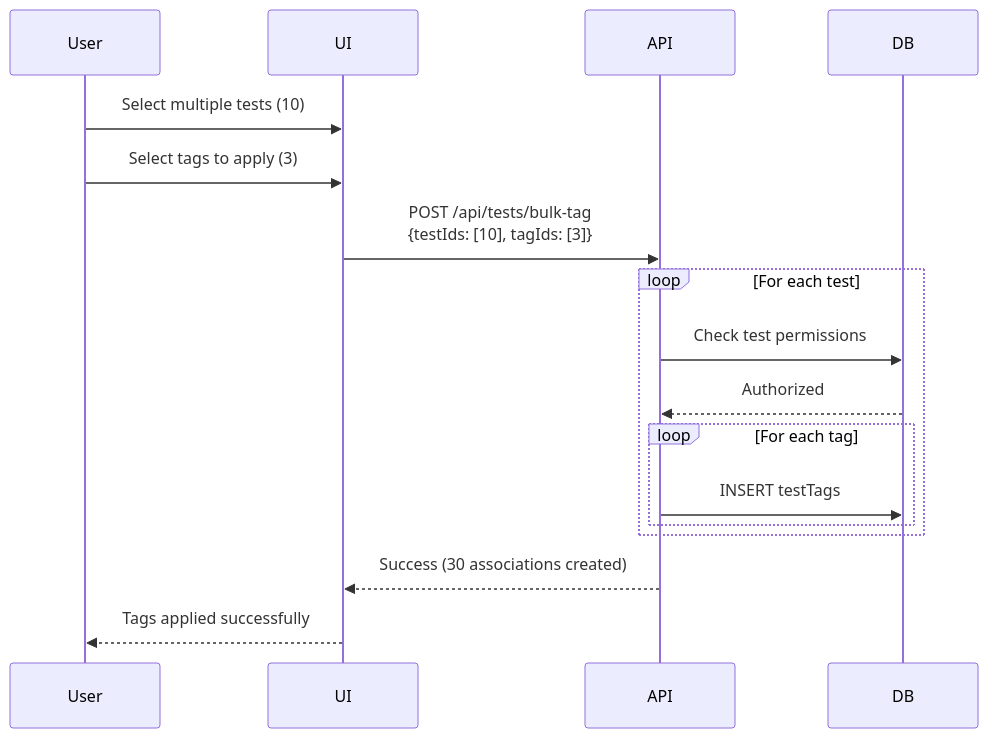
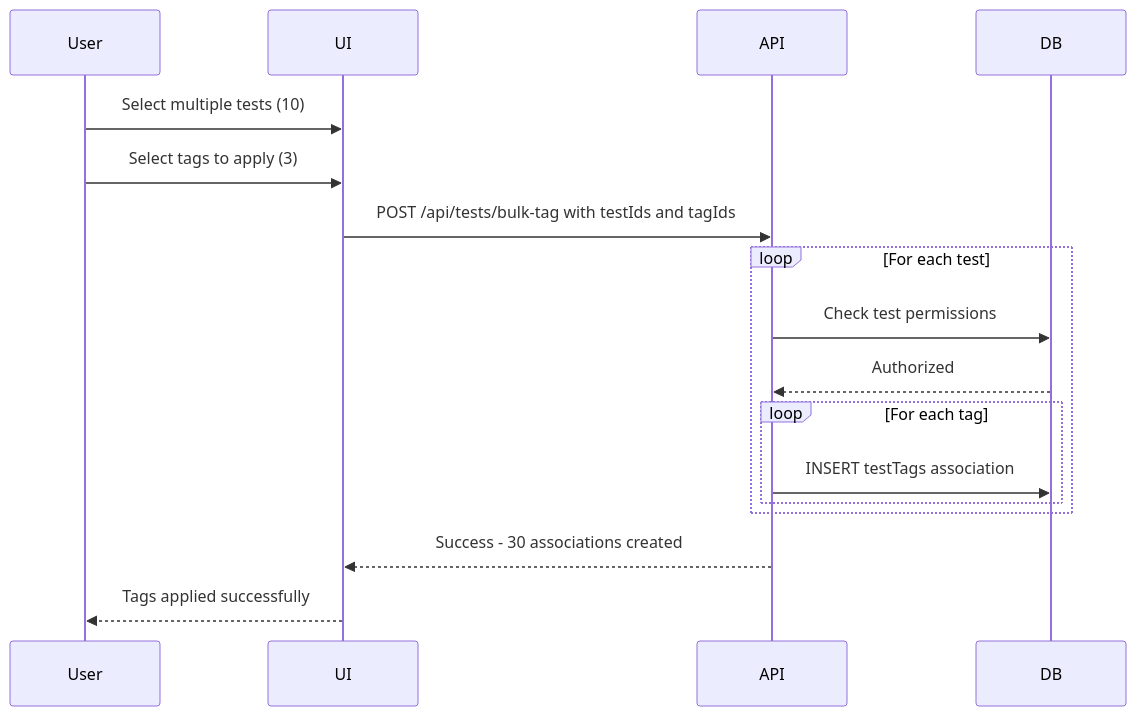
One commit to supercheck-io/supercheck changed the ninth of 12 diagrams in specs/05-features/tag-system.md. Above: the diagram before and after it, drawn with Mermaid. The commit also changed other lines of this file, not shown here.

First line of the commit message:
Fix tag-system.md: correct Mermaid syntax and clarify user-defined colors

````diff
--- a/specs/05-features/tag-system.md
+++ b/specs/05-features/tag-system.md
@@ -268,22 +272,22 @@
 ```mermaid
 sequenceDiagram
     participant User
     participant UI
     participant API
     participant DB
 
     User->>UI: Select multiple tests (10)
     User->>UI: Select tags to apply (3)
-    UI->>API: POST /api/tests/bulk-tag<br/>{testIds: [10], tagIds: [3]}
+    UI->>API: POST /api/tests/bulk-tag with testIds and tagIds
 
     loop For each test
         API->>DB: Check test permissions
         DB-->>API: Authorized
         loop For each tag
-            API->>DB: INSERT testTags
+            API->>DB: INSERT testTags association
         end
     end
 
-    API-->>UI: Success (30 associations created)
+    API-->>UI: Success - 30 associations created
     UI-->>User: Tags applied successfully
 ```
````
